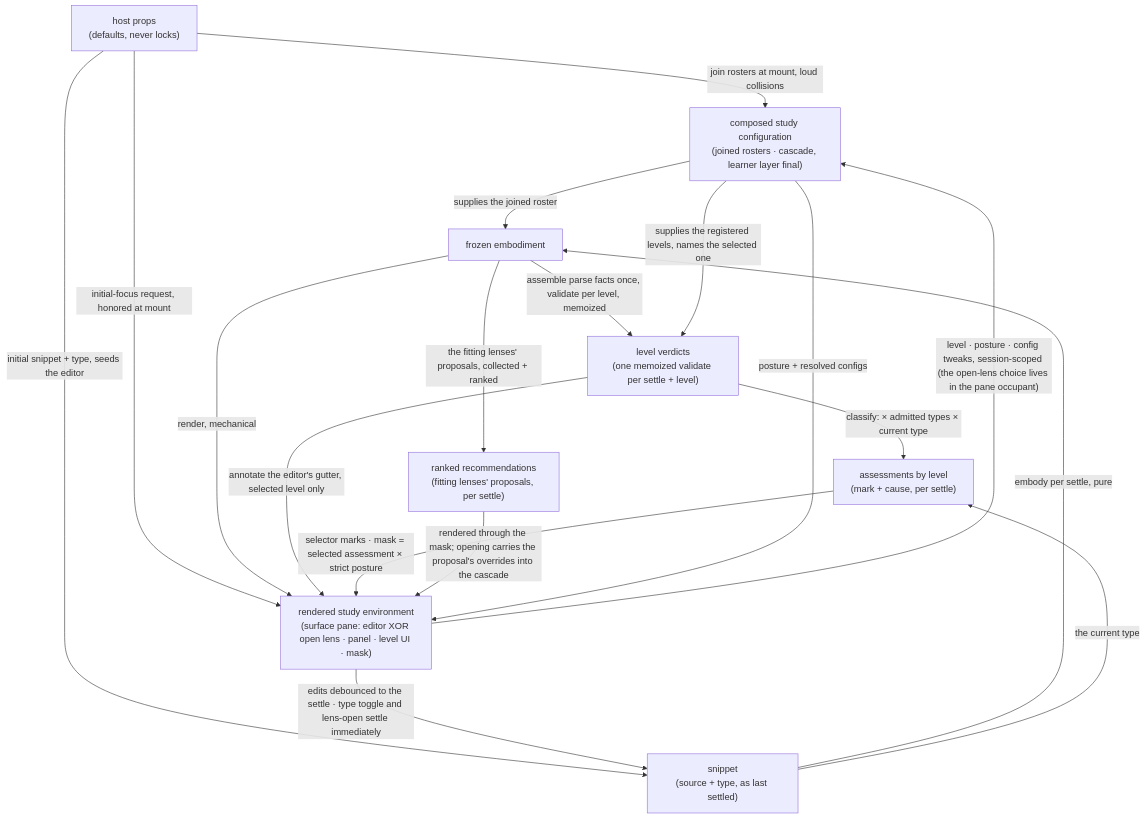
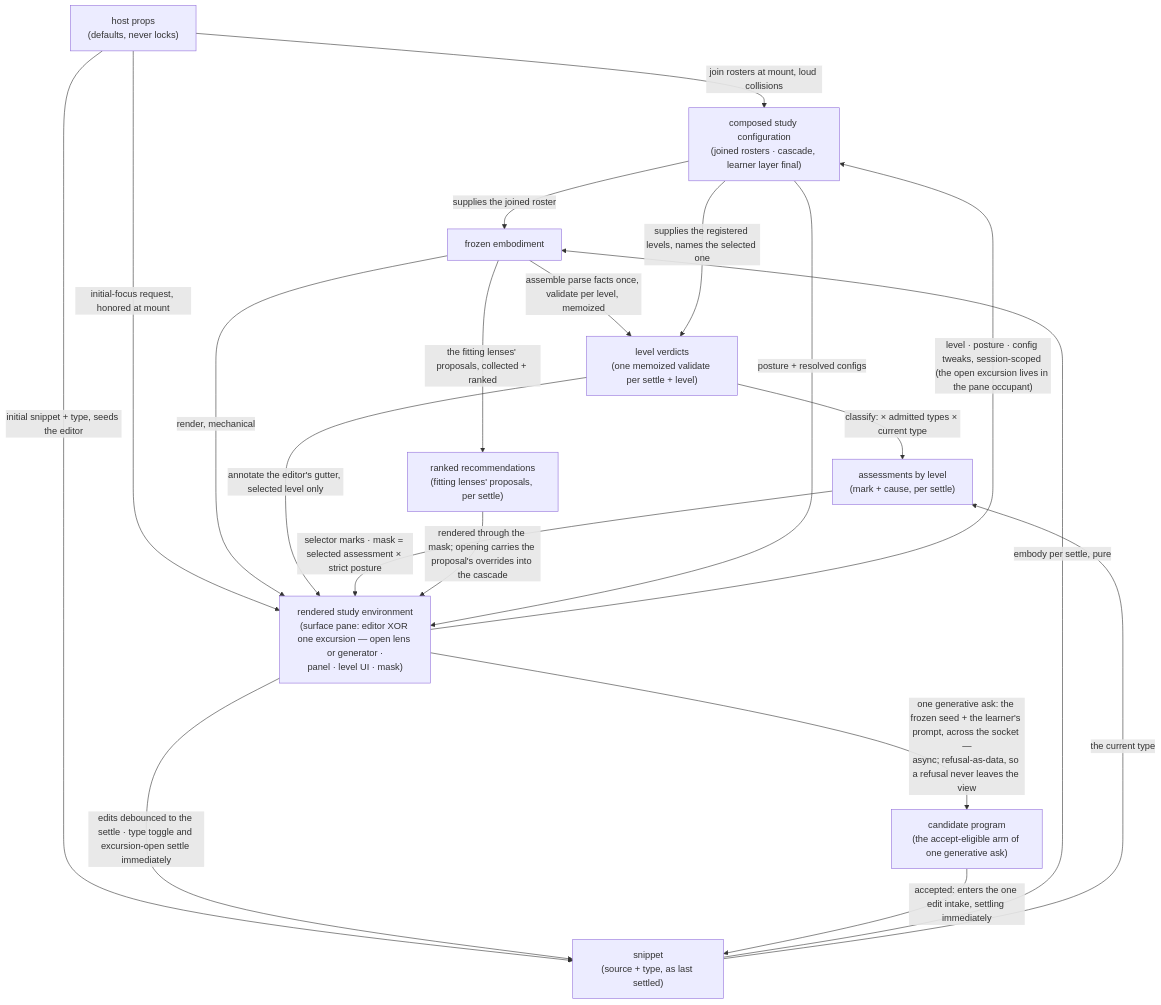
Before and after one commit to codeschoolinabox/curricula: the first of 2 diagrams in src/lib/study-lenses/orchestrate/DOCS.md, drawn with Mermaid. The commit also changed other lines of this file and 17 other files, not shown here.

````diff
--- a/src/lib/study-lenses/orchestrate/DOCS.md
+++ b/src/lib/study-lenses/orchestrate/DOCS.md
@@ -59,28 +67,31 @@
 ```mermaid
 flowchart TD
     PROPS["host props<br/>(defaults, never locks)"]
     CFG["composed study configuration<br/>(joined rosters · cascade, learner layer final)"]
     SNP["snippet<br/>(source + type, as last settled)"]
     EMB["frozen embodiment"]
     VER["level verdicts<br/>(one memoized validate per settle + level)"]
     MARKS["assessments by level<br/>(mark + cause, per settle)"]
     RECS["ranked recommendations<br/>(fitting lenses' proposals, per settle)"]
-    SUR["rendered study environment<br/>(surface pane: editor XOR open lens · panel · level UI · mask)"]
+    SUR["rendered study environment<br/>(surface pane: editor XOR one excursion — open lens or generator ·<br/>panel · level UI · mask)"]
+    CANDIDATE["candidate program<br/>(the accept-eligible arm of one generative ask)"]
     PROPS -->|"join rosters at mount, loud collisions"| CFG
     PROPS -->|"initial snippet + type, seeds the editor"| SNP
     PROPS -->|"initial-focus request, honored at mount"| SUR
     SNP -->|"embody per settle, pure"| EMB
     CFG -->|"supplies the joined roster"| EMB
     EMB -->|"assemble parse facts once, validate per level, memoized"| VER
     CFG -->|"supplies the registered levels, names the selected one"| VER
     VER -->|"classify: × admitted types × current type"| MARKS
     SNP -->|"the current type"| MARKS
     EMB -->|"render, mechanical"| SUR
     VER -->|"annotate the editor's gutter, selected level only"| SUR
     MARKS -->|"selector marks · mask = selected assessment × strict posture"| SUR
     EMB -->|"the fitting lenses' proposals, collected + ranked"| RECS
     RECS -->|"rendered through the mask; opening carries the proposal's overrides into the cascade"| SUR
     CFG -->|"posture + resolved configs"| SUR
-    SUR -->|"edits debounced to the settle · type toggle and lens-open settle immediately"| SNP
-    SUR -->|"level · posture · config tweaks, session-scoped (the open-lens choice lives in the pane occupant)"| CFG
+    SUR -->|"edits debounced to the settle · type toggle and excursion-open settle immediately"| SNP
+    SUR -->|"level · posture · config tweaks, session-scoped (the open excursion lives in the pane occupant)"| CFG
+    SUR -->|"one generative ask: the frozen seed + the learner's prompt, across the socket —<br/>async; refusal-as-data, so a refusal never leaves the view"| CANDIDATE
+    CANDIDATE -->|"accepted: enters the one edit intake, settling immediately"| SNP
 ```
````
